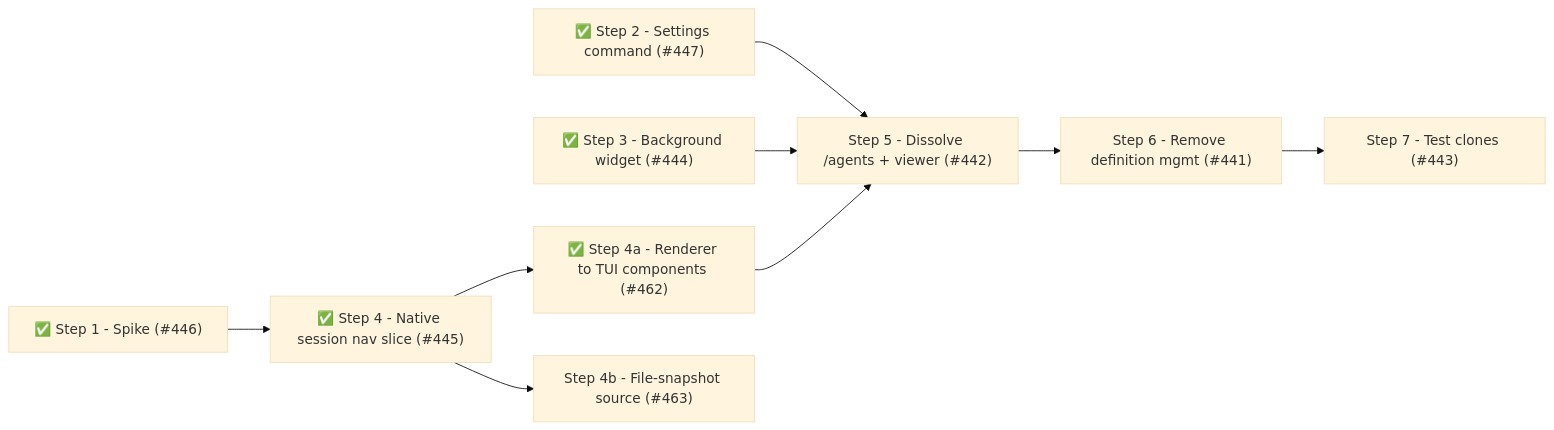
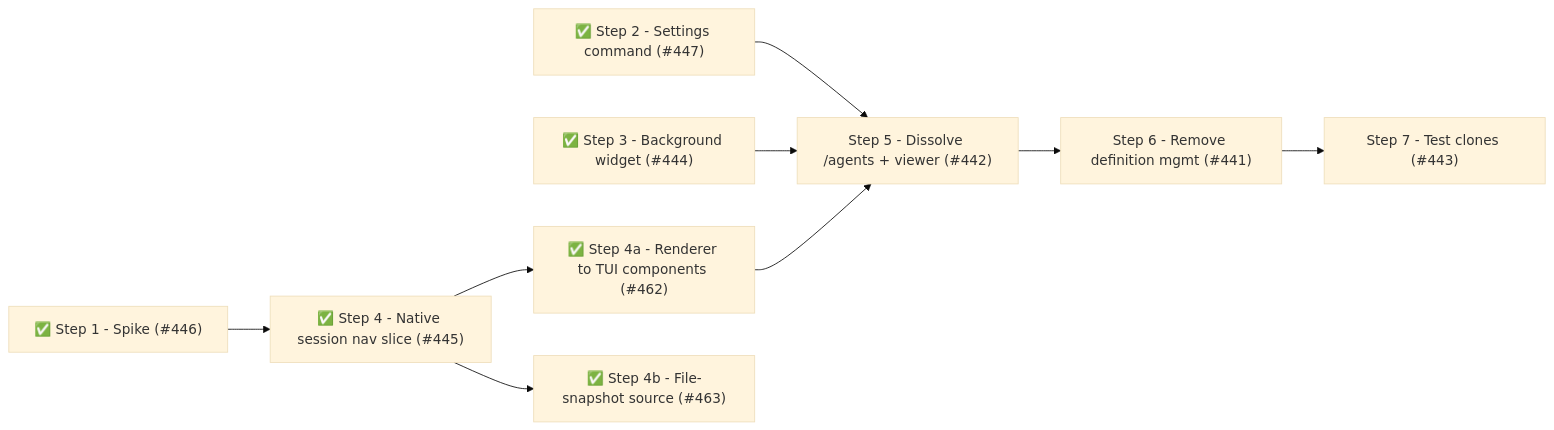
The sixth of 6 diagrams in packages/pi-subagents/docs/architecture/architecture.md (whaoa/forked-gotgenes-pi-packages), drawn with Mermaid (base theme) before and after one commit. The commit also changed other lines of this file and 1 other file, not shown here.

Commit message:
docs(pi-subagents): mark Phase 19 Step 4b landed (#463)

````diff
--- a/packages/pi-subagents/docs/architecture/architecture.md
+++ b/packages/pi-subagents/docs/architecture/architecture.md
@@ -1107,21 +1114,21 @@
 ```mermaid
 flowchart LR
     S1["✅ Step 1 - Spike (#446)"]
     S2["✅ Step 2 - Settings command (#447)"]
     S3["✅ Step 3 - Background widget (#444)"]
     S4["✅ Step 4 - Native session nav slice (#445)"]
     S4a["✅ Step 4a - Renderer to TUI components (#462)"]
-    S4b["Step 4b - File-snapshot source (#463)"]
+    S4b["✅ Step 4b - File-snapshot source (#463)"]
     S5["Step 5 - Dissolve /agents + viewer (#442)"]
     S6["Step 6 - Remove definition mgmt (#441)"]
     S7["Step 7 - Test clones (#443)"]
 
     S1 --> S4
     S4 --> S4a
     S4 --> S4b
     S2 --> S5
     S3 --> S5
     S4a --> S5
     S5 --> S6
     S6 --> S7
 ```
````
